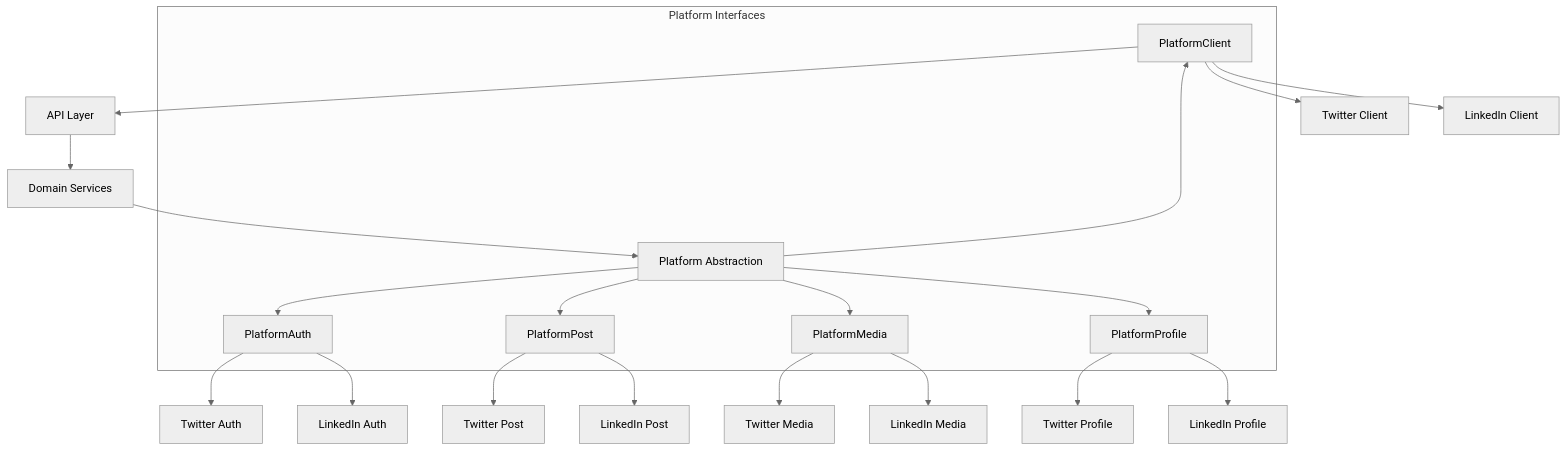
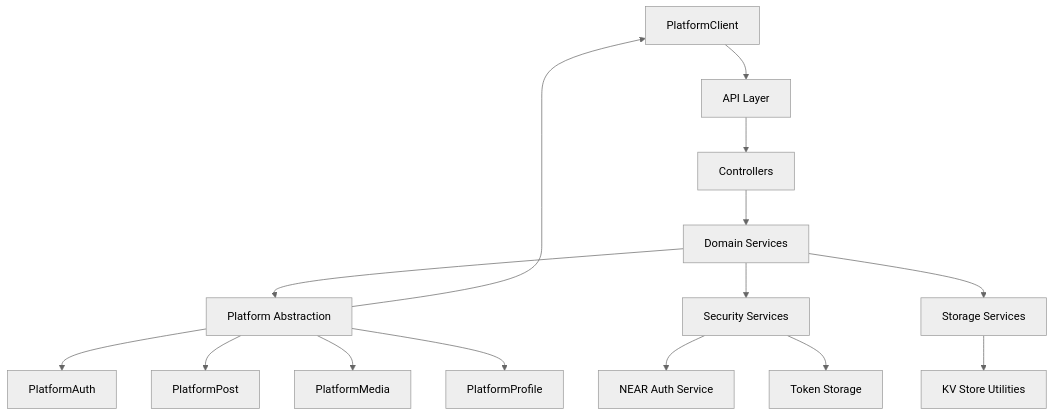
One commit to open-crosspost/open-crosspost-proxy-service changed the first of 5 diagrams in memory-bank/systemPatterns.md. Above: the diagram before and after it, drawn with Mermaid (neutral theme). The commit also changed other lines of this file and 156 other files, not shown here.

First line of the commit message:
Adds tests, fixes flows, adds deploys, moves near-sign-verify (#1)

````diff
--- a/memory-bank/systemPatterns.md
+++ b/memory-bank/systemPatterns.md
@@ -35,26 +8,20 @@
 ```mermaid
 flowchart TD
-    Client[Client] --> API[API Layer]
-    API --> Domain[Domain Services]
-    Domain --> Abstraction[Platform Abstraction]
+    Client[Client Applications] --> API[API Layer]
+    API --> Controllers[Controllers]
+    Controllers --> Services[Domain Services]
+    Services --> PlatformAbstraction[Platform Abstraction]
     
-    subgraph "Platform Interfaces"
-        Abstraction --> Auth[PlatformAuth]
-        Abstraction --> Client[PlatformClient]
-        Abstraction --> Post[PlatformPost]
-        Abstraction --> Media[PlatformMedia]
-        Abstraction --> Profile[PlatformProfile]
-    end
+    PlatformAbstraction --> Auth[PlatformAuth]
+    PlatformAbstraction --> Client[PlatformClient]
+    PlatformAbstraction --> Post[PlatformPost]
+    PlatformAbstraction --> Media[PlatformMedia]
+    PlatformAbstraction --> Profile[PlatformProfile]
     
-    Auth --> TwitterAuth[Twitter Auth]
-    Client --> TwitterClient[Twitter Client]
-    Post --> TwitterPost[Twitter Post]
-    Media --> TwitterMedia[Twitter Media]
-    Profile --> TwitterProfile[Twitter Profile]
+    Services --> Security[Security Services]
+    Security --> NearAuth[NEAR Auth Service]
+    Security --> TokenStorage[Token Storage]
     
-    Auth --> LinkedInAuth[LinkedIn Auth]
-    Client --> LinkedInClient[LinkedIn Client]
-    Post --> LinkedInPost[LinkedIn Post]
-    Media --> LinkedInMedia[LinkedIn Media]
-    Profile --> LinkedInProfile[LinkedIn Profile]
+    Services --> Storage[Storage Services]
+    Storage --> KVStore[KV Store Utilities]
 ```
````
